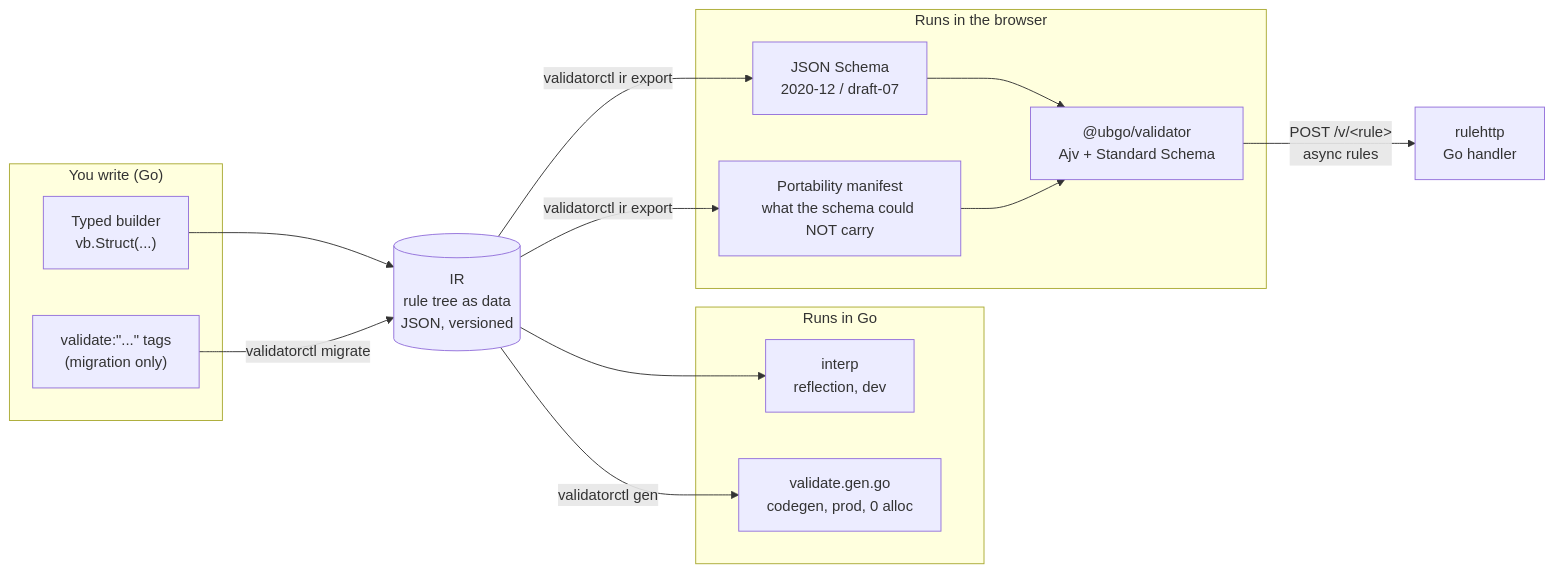
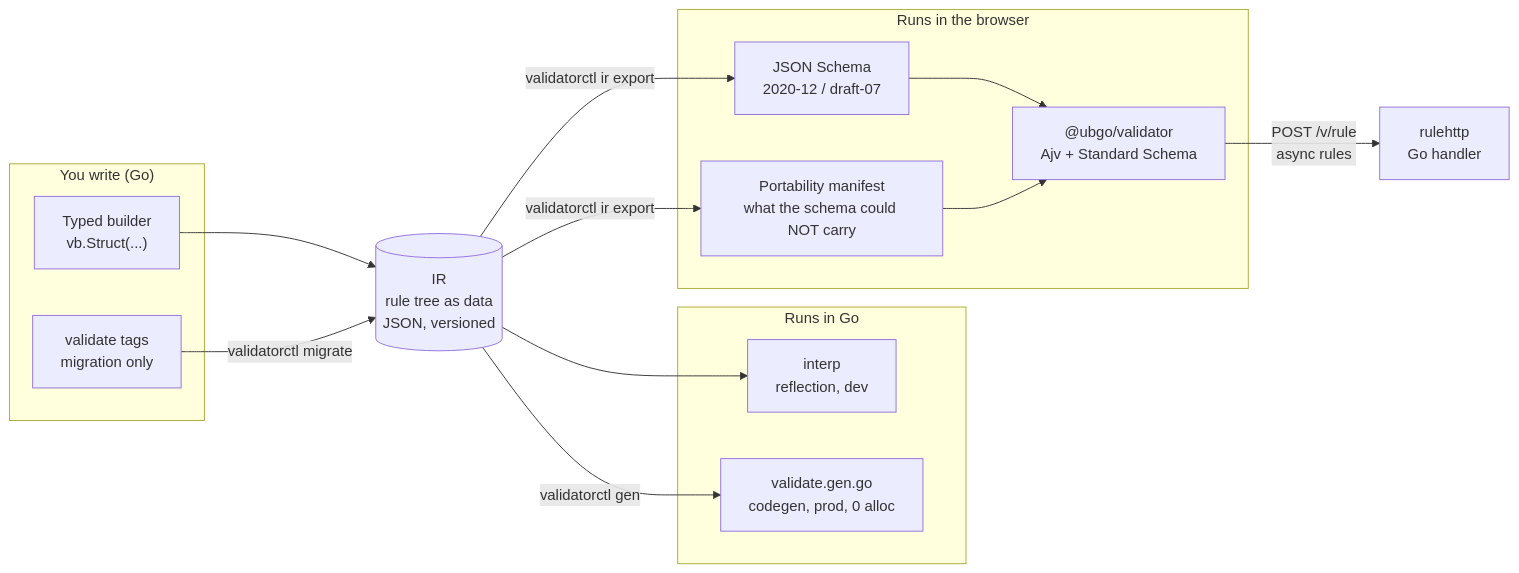
Before and after one commit to ubgo/validator: the first of 3 diagrams in docs/GUIDE.md, drawn with Mermaid. The commit also changed other lines of this file, not shown here.

Commit message:
Fix mermaid labels in the guide: GitHub decodes entities before parsing

````diff
--- a/docs/GUIDE.md
+++ b/docs/GUIDE.md
@@ -23,26 +23,26 @@
 ```mermaid
 flowchart LR
     subgraph author["You write (Go)"]
         A1["Typed builder<br/>vb.Struct(...)"]
-        A2["validate:&quot;...&quot; tags<br/>(migration only)"]
+        A2["validate tags<br/>migration only"]
     end
     IR[("IR<br/>rule tree as data<br/>JSON, versioned")]
     A1 --> IR
     A2 -- "validatorctl migrate" --> IR
     subgraph go["Runs in Go"]
         I["interp<br/>reflection, dev"]
         G["validate.gen.go<br/>codegen, prod, 0 alloc"]
     end
     subgraph web["Runs in the browser"]
         JS["JSON Schema<br/>2020-12 / draft-07"]
         TS["@ubgo/validator<br/>Ajv + Standard Schema"]
         M["Portability manifest<br/>what the schema could NOT carry"]
     end
     IR --> I
     IR -- "validatorctl gen" --> G
     IR -- "validatorctl ir export" --> JS
     IR -- "validatorctl ir export" --> M
     JS --> TS
     M --> TS
-    TS -- "POST /v/&lt;rule&gt;<br/>async rules" --> R["rulehttp<br/>Go handler"]
+    TS -- "POST /v/rule<br/>async rules" --> R["rulehttp<br/>Go handler"]
 ```
````
